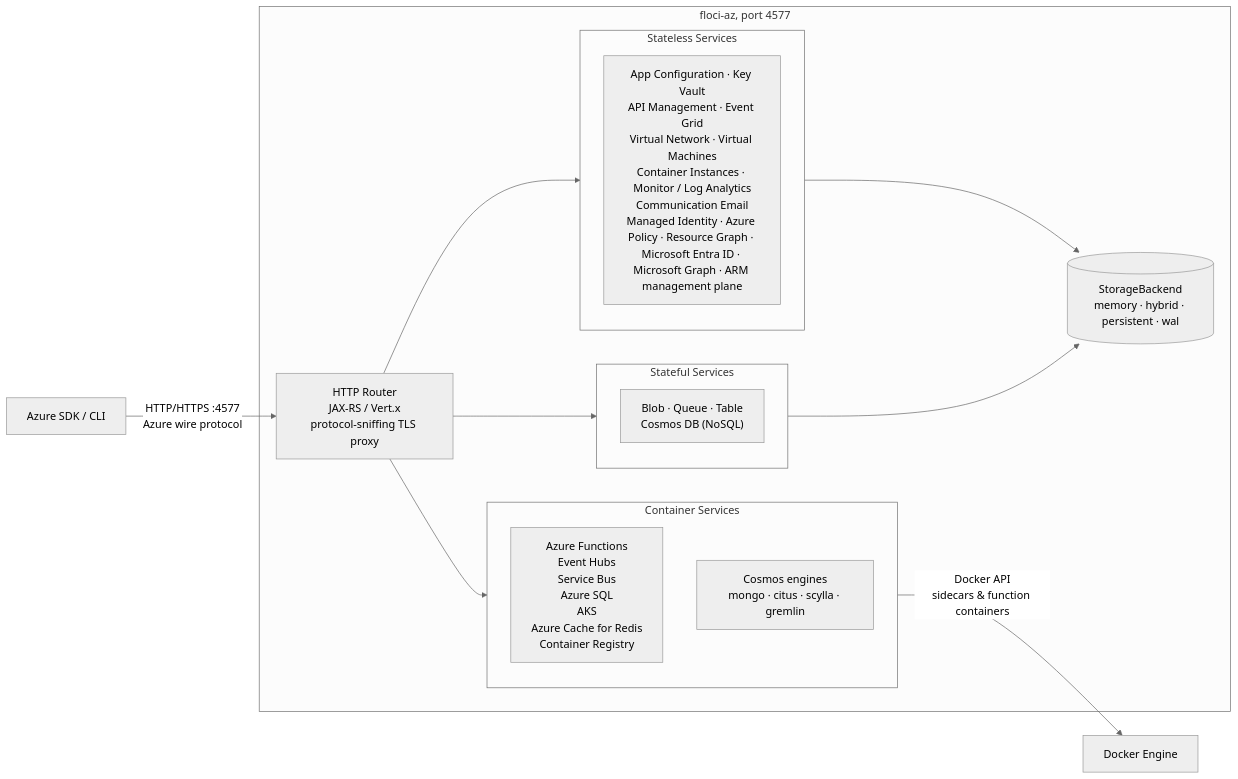
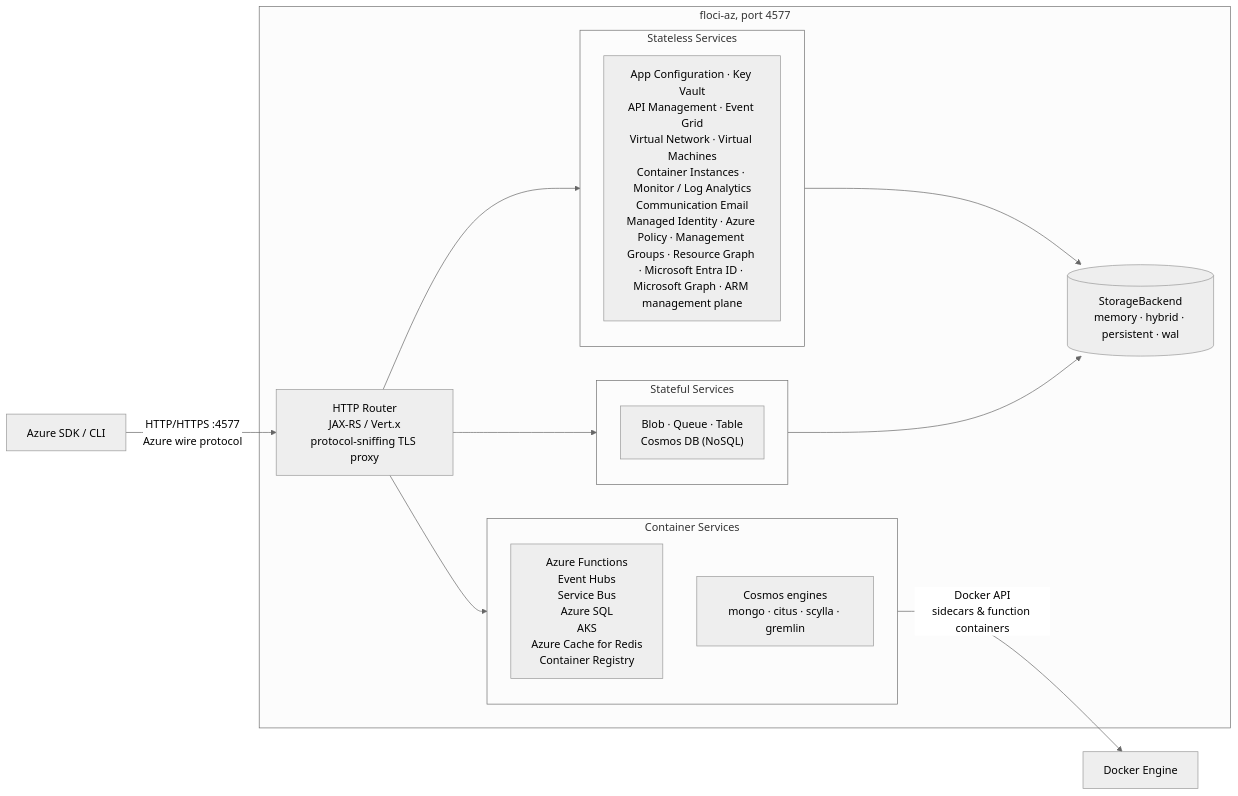
The diagram in README.md (Tal-E/floci-az), drawn with Mermaid (neutral theme) before and after one commit. The commit also changed other lines of this file and 11 other files, not shown here.

Commit message:
feat(managementgroups): add Azure Management Groups with hierarchy, descendants and subscription membership

````diff
--- a/README.md
+++ b/README.md
@@ -274,30 +275,30 @@
 ```mermaid
 flowchart LR
     Client["Azure SDK / CLI"]
 
     subgraph FlociAz ["floci-az, port 4577"]
         Router["HTTP Router\nJAX-RS / Vert.x\nprotocol-sniffing TLS proxy"]
 
         subgraph Stateless ["Stateless Services"]
-            A["App Configuration · Key Vault\nAPI Management · Event Grid\nVirtual Network · Virtual Machines\nContainer Instances · Monitor / Log Analytics\nCommunication Email\nManaged Identity · Azure Policy · Resource Graph · Microsoft Entra ID · Microsoft Graph · ARM management plane"]
+            A["App Configuration · Key Vault\nAPI Management · Event Grid\nVirtual Network · Virtual Machines\nContainer Instances · Monitor / Log Analytics\nCommunication Email\nManaged Identity · Azure Policy · Management Groups · Resource Graph · Microsoft Entra ID · Microsoft Graph · ARM management plane"]
         end
 
         subgraph Stateful ["Stateful Services"]
             B["Blob · Queue · Table\nCosmos DB (NoSQL)"]
         end
 
         subgraph Containers ["Container Services"]
             C["Azure Functions\nEvent Hubs\nService Bus\nAzure SQL\nAKS\nAzure Cache for Redis\nContainer Registry"]
             D["Cosmos engines\nmongo · citus · scylla · gremlin"]
         end
 
         Router --> Stateless
         Router --> Stateful
         Router --> Containers
         Stateless & Stateful --> Store[("StorageBackend\nmemory · hybrid · persistent · wal")]
     end
 
     Docker["Docker Engine"]
     Client -->|"HTTP/HTTPS :4577\nAzure wire protocol"| Router
     Containers -->|"Docker API\nsidecars & function containers"| Docker
 ```
````
